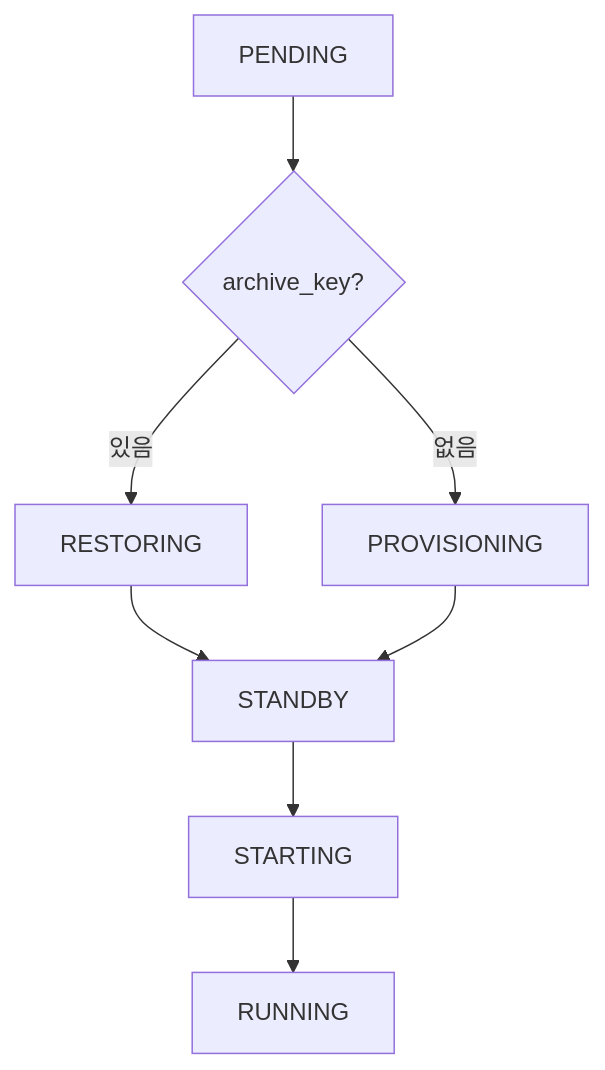
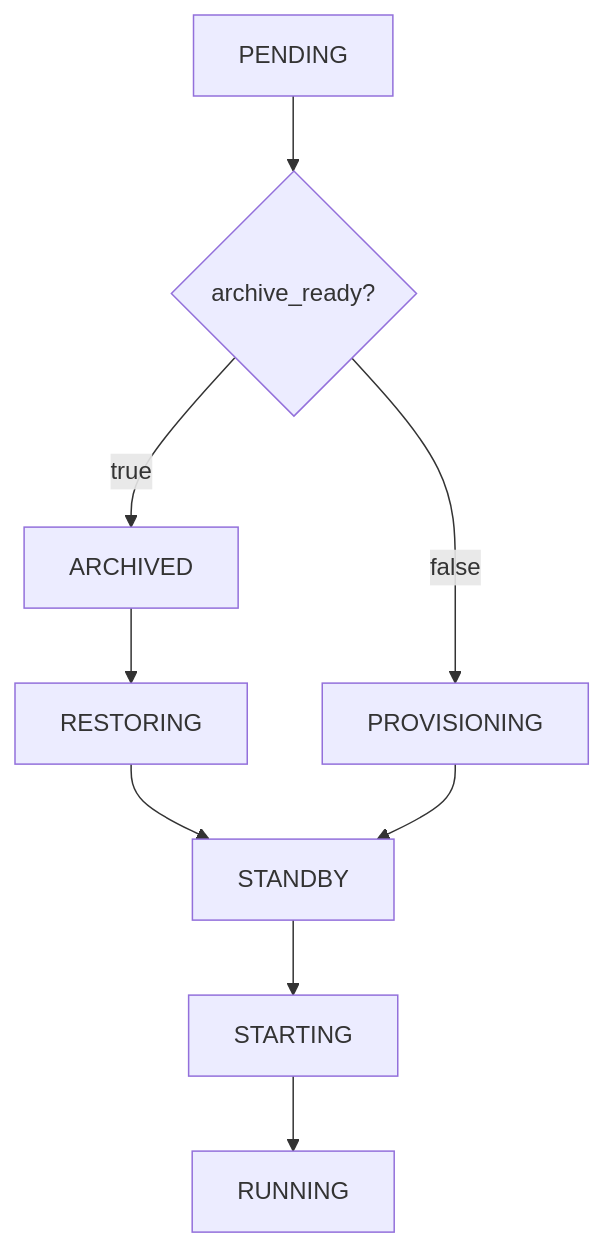
One commit to cagojeiger/code-hub changed the second of 7 diagrams in docs/spec_v2/02-states.md. Above: the diagram before and after it, drawn with Mermaid. The commit also changed other lines of this file and 2 other files, not shown here.

````diff
--- a/docs/spec_v2/02-states.md
+++ b/docs/spec_v2/02-states.md
@@ -110,10 +135,11 @@
 ```mermaid
 flowchart TD
-    P[PENDING] --> A{archive_key?}
-    A -->|있음| R[RESTORING]
-    A -->|없음| V[PROVISIONING]
+    P[PENDING] --> A{archive_ready?}
+    A -->|true| AR[ARCHIVED]
+    A -->|false| PR[PROVISIONING]
+    AR --> R[RESTORING]
     R --> S[STANDBY]
-    V --> S
+    PR --> S
     S --> T[STARTING]
     T --> U[RUNNING]
 ```
````
